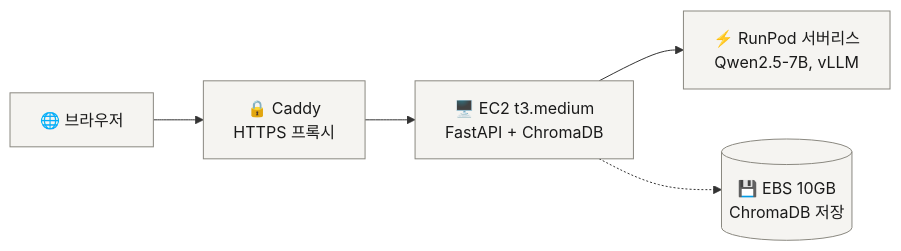
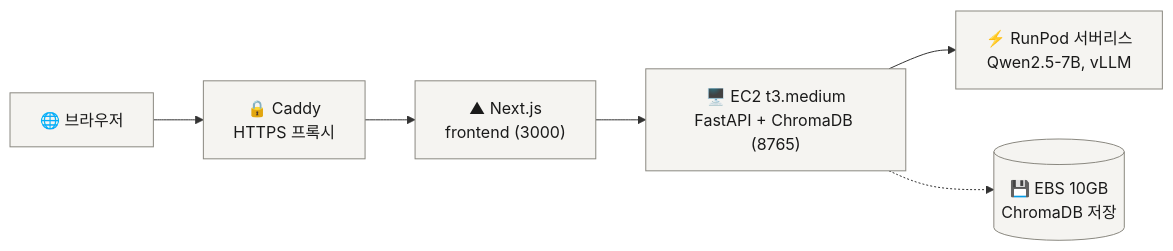
One commit to MachuEngine/bunpil changed the fifth of 5 diagrams in README.md. Above: the diagram before and after it, drawn with Mermaid. The commit also changed other lines of this file and 7 other files, not shown here.

````diff
--- a/README.md
+++ b/README.md
@@ -375,15 +375,17 @@
 ```mermaid
 flowchart LR
     Browser["🌐 브라우저"]
     Caddy["🔒 Caddy<br/>HTTPS 프록시"]
     EC2["🖥️ EC2 t3.medium<br/>FastAPI + ChromaDB"]
     RunPod["⚡ RunPod 서버리스<br/>Qwen2.5-7B, vLLM"]
     EBS[("💾 EBS 10GB<br/>ChromaDB 저장")]
 
-    Browser --> Caddy --> EC2 --> RunPod
+    Browser --> Caddy --> Frontend["▲ Next.js<br/>frontend (3000)"]
+    Frontend --> EC2
+    EC2["🖥️ EC2 t3.medium<br/>FastAPI + ChromaDB (8765)"] --> RunPod
     EC2 -.-> EBS
 
-    class Browser,Caddy,EC2,RunPod,EBS neutral
+    class Browser,Caddy,Frontend,EC2,RunPod,EBS neutral
 
     classDef neutral fill:#F5F4F1,stroke:#8A8880,stroke-width:1px,color:#1A1A1A
 ```
````
